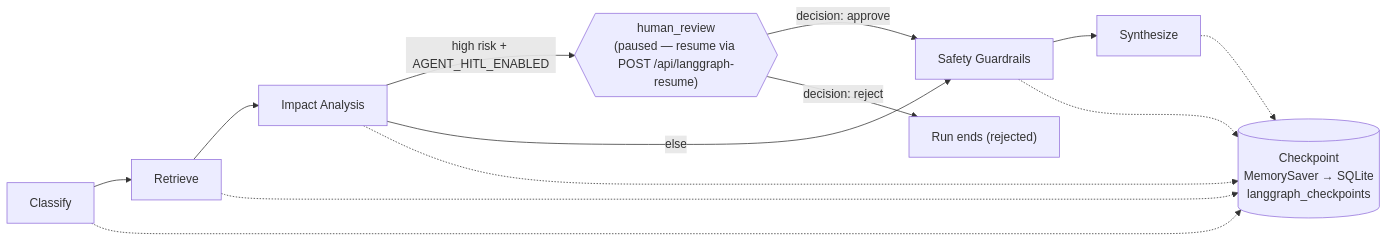
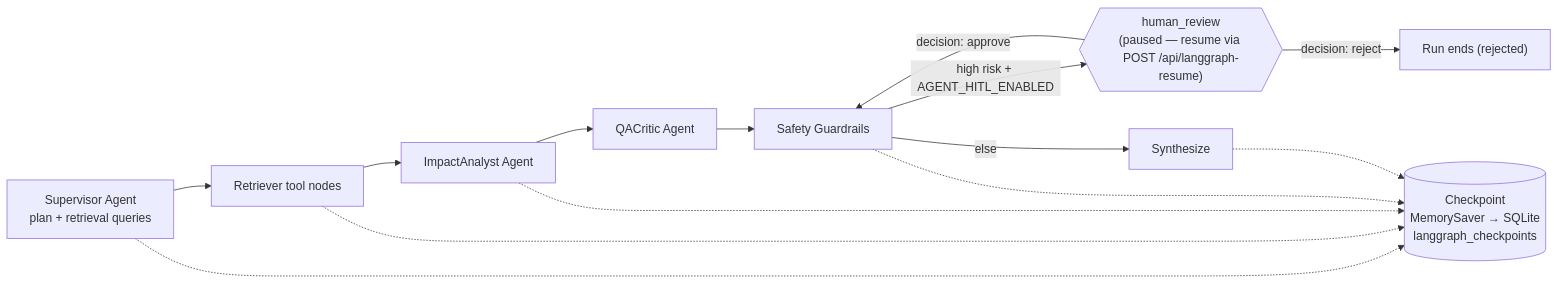
The second of 2 diagrams in README.md (yuk1no4090/Repomentor), drawn with Mermaid before and after one commit. The commit also changed other lines of this file and 24 other files, not shown here.

````diff
--- a/README.md
+++ b/README.md
@@ -74,17 +75,18 @@
 ```mermaid
 flowchart LR
-    Classify["Classify"] --> Retrieve["Retrieve"]
-    Retrieve --> Impact["Impact Analysis"]
-    Impact -->|"high risk + AGENT_HITL_ENABLED"| HITL{{"human_review<br/>(paused — resume via POST /api/langgraph-resume)"}}
-    Impact -->|"else"| Guardrails["Safety Guardrails"]
+    Supervisor["Supervisor Agent<br/>plan + retrieval queries"] --> Retrieve["Retriever tool nodes"]
+    Retrieve --> Impact["ImpactAnalyst Agent"]
+    Impact --> Critic["QACritic Agent"]
+    Critic --> Guardrails["Safety Guardrails"]
+    Guardrails -->|"high risk + AGENT_HITL_ENABLED"| HITL{{"human_review<br/>(paused — resume via POST /api/langgraph-resume)"}}
+    Guardrails -->|"else"| Synthesize["Synthesize"]
     HITL -->|"decision: approve"| Guardrails
     HITL -->|"decision: reject"| Stop["Run ends (rejected)"]
-    Guardrails --> Synthesize["Synthesize"]
 
     CP[("Checkpoint<br/>MemorySaver → SQLite<br/>langgraph_checkpoints")]
-    Classify -.-> CP
+    Supervisor -.-> CP
     Retrieve -.-> CP
     Impact -.-> CP
     Guardrails -.-> CP
     Synthesize -.-> CP
 ```
````
